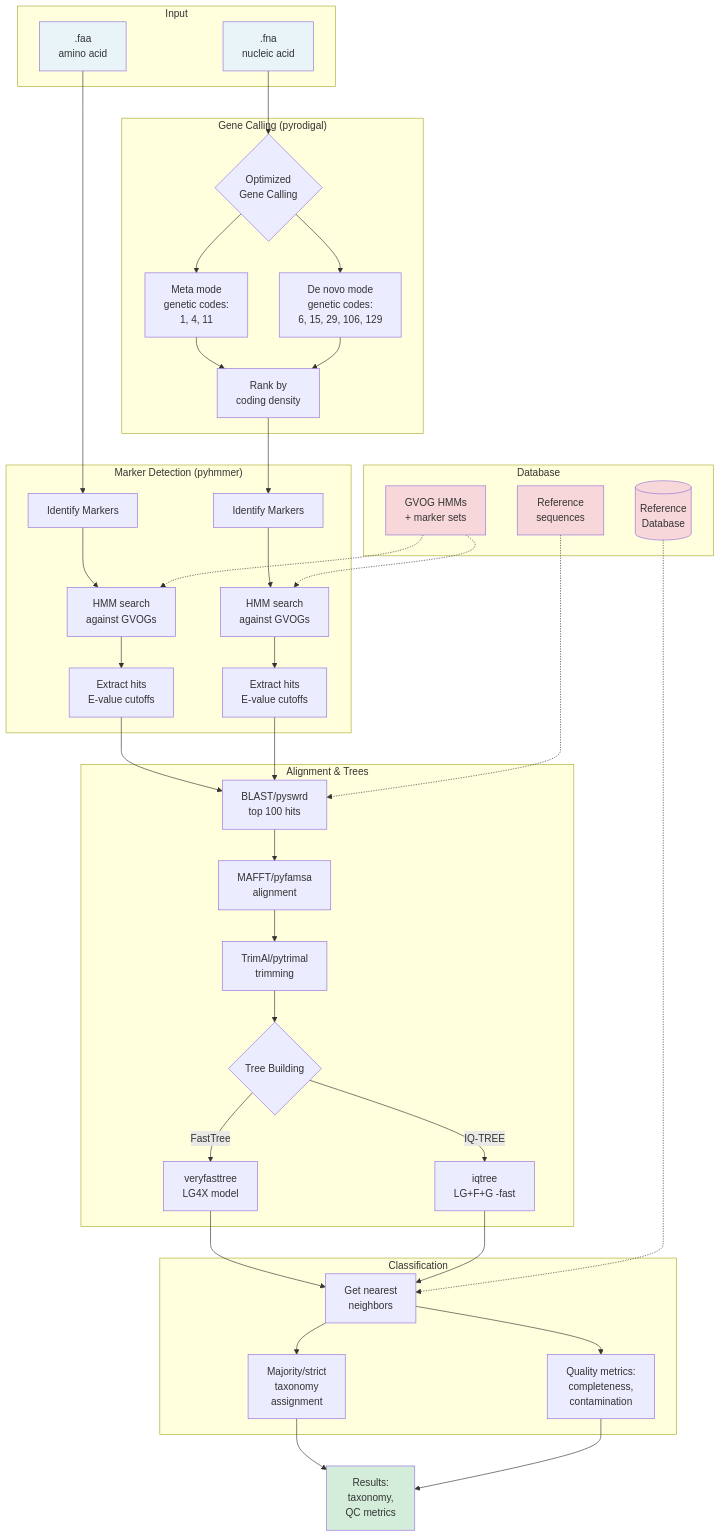
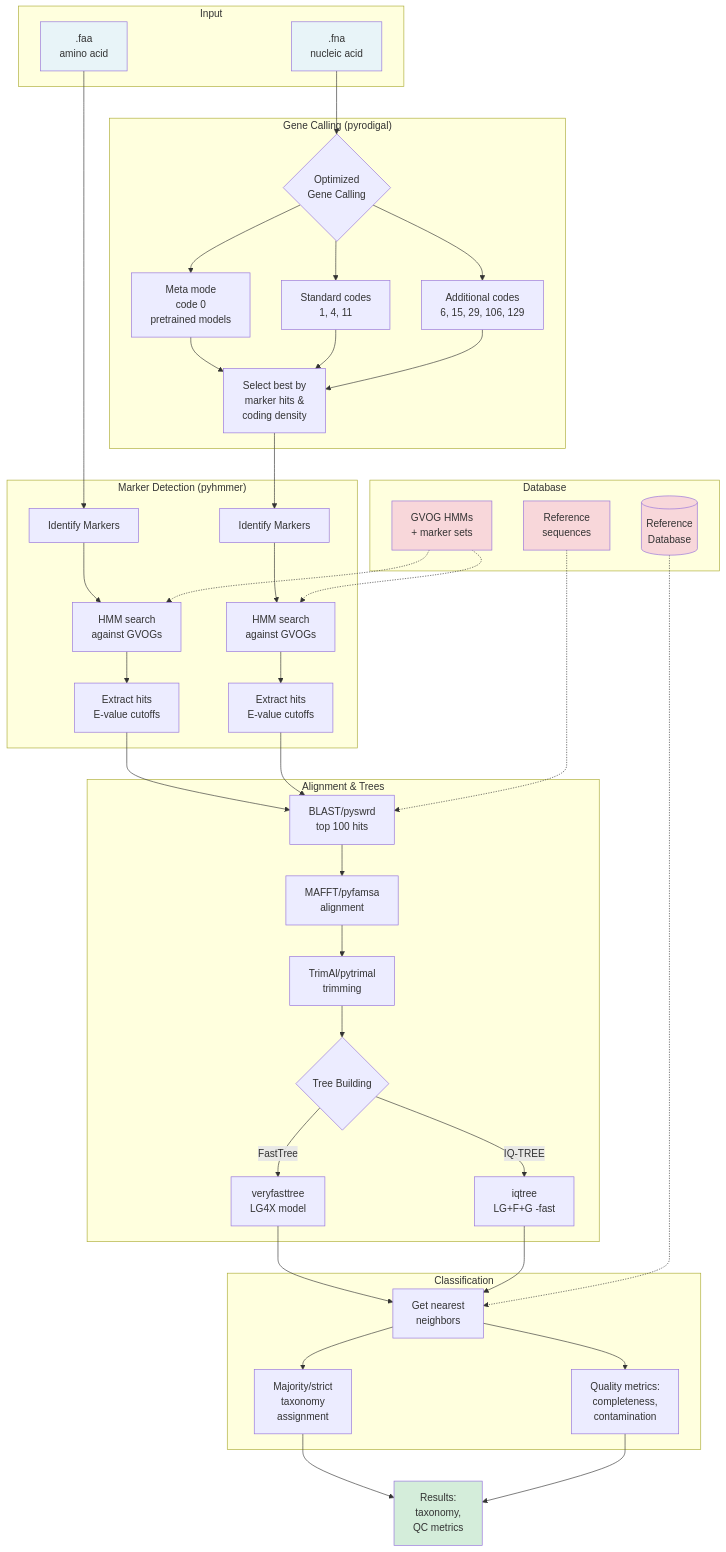
The diagram in README.md (NeLLi-team/gvclass), drawn with Mermaid before and after one commit. The commit also changed other lines of this file and 141 other files, not shown here.

````diff
--- a/README.md
+++ b/README.md
@@ -276,66 +349,68 @@
 ```mermaid
 flowchart TD
     subgraph Input
         FNA[".fna<br/>nucleic acid"]
         FAA[".faa<br/>amino acid"]
     end
     
     subgraph Database
         DB[(Reference<br/>Database)]
         MODELS[GVOG HMMs<br/>+ marker sets]
         REF[Reference<br/>sequences]
     end
     
     FNA --> OPGC{Optimized<br/>Gene Calling}
     FAA --> ID1[Identify Markers]
     
     subgraph "Gene Calling (pyrodigal)"
-        OPGC --> META[Meta mode<br/>genetic codes:<br/>1, 4, 11]
-        OPGC --> DENOVO[De novo mode<br/>genetic codes:<br/>6, 15, 29, 106, 129]
-        META --> RANK[Rank by<br/>coding density]
-        DENOVO --> RANK
+        OPGC --> META[Meta mode<br/>code 0<br/>pretrained models]
+        OPGC --> STD[Standard codes<br/>1, 4, 11]
+        OPGC --> ADD[Additional codes<br/>6, 15, 29, 106, 129]
+        META --> RANK[Select best by<br/>marker hits &<br/>coding density]
+        STD --> RANK
+        ADD --> RANK
     end
     
     RANK --> ID2[Identify Markers]
     
     subgraph "Marker Detection (pyhmmer)"
         ID1 --> HMM1[HMM search<br/>against GVOGs]
         ID2 --> HMM2[HMM search<br/>against GVOGs]
         HMM1 --> HITS1[Extract hits<br/>E-value cutoffs]
         HMM2 --> HITS2[Extract hits<br/>E-value cutoffs]
     end
     
     HITS1 --> BLAST[BLAST/pyswrd<br/>top 100 hits]
     HITS2 --> BLAST
     
     subgraph "Alignment & Trees"
         BLAST --> ALIGN[MAFFT/pyfamsa<br/>alignment]
         ALIGN --> TRIM[TrimAl/pytrimal<br/>trimming]
         TRIM --> TREE{Tree Building}
         TREE -->|FastTree| FT[veryfasttree<br/>LG4X model]
         TREE -->|IQ-TREE| IQ[iqtree<br/>LG+F+G -fast]
     end
     
     FT --> NN[Get nearest<br/>neighbors]
     IQ --> NN
     
     subgraph "Classification"
         NN --> TAX[Majority/strict<br/>taxonomy<br/>assignment]
         NN --> QC[Quality metrics:<br/>completeness,<br/>contamination]
     end
     
     TAX --> OUT[Results:<br/>taxonomy,<br/>QC metrics]
     QC --> OUT
     
     MODELS -.-> HMM1
     MODELS -.-> HMM2
     REF -.-> BLAST
     DB -.-> NN
     
     style FNA fill:#e8f4f8
     style FAA fill:#e8f4f8
     style OUT fill:#d4edda
     style DB fill:#f8d7da
     style MODELS fill:#f8d7da
     style REF fill:#f8d7da
 ```
````
